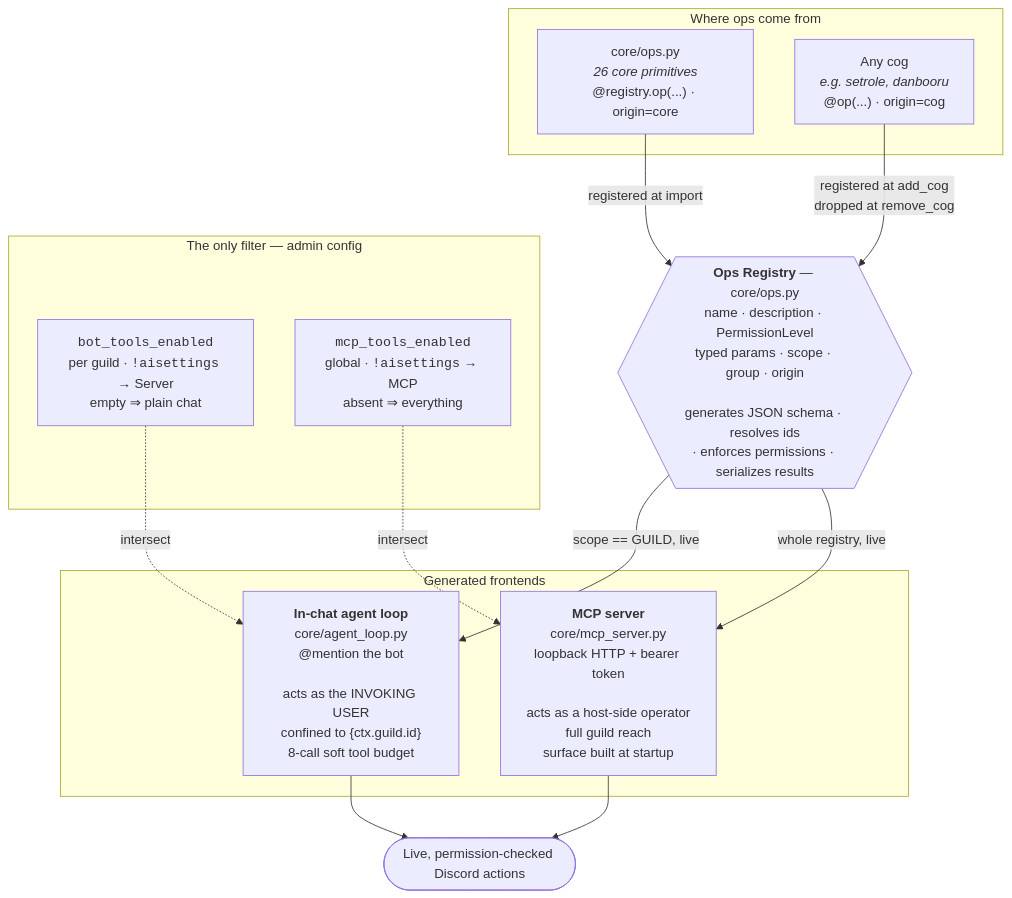
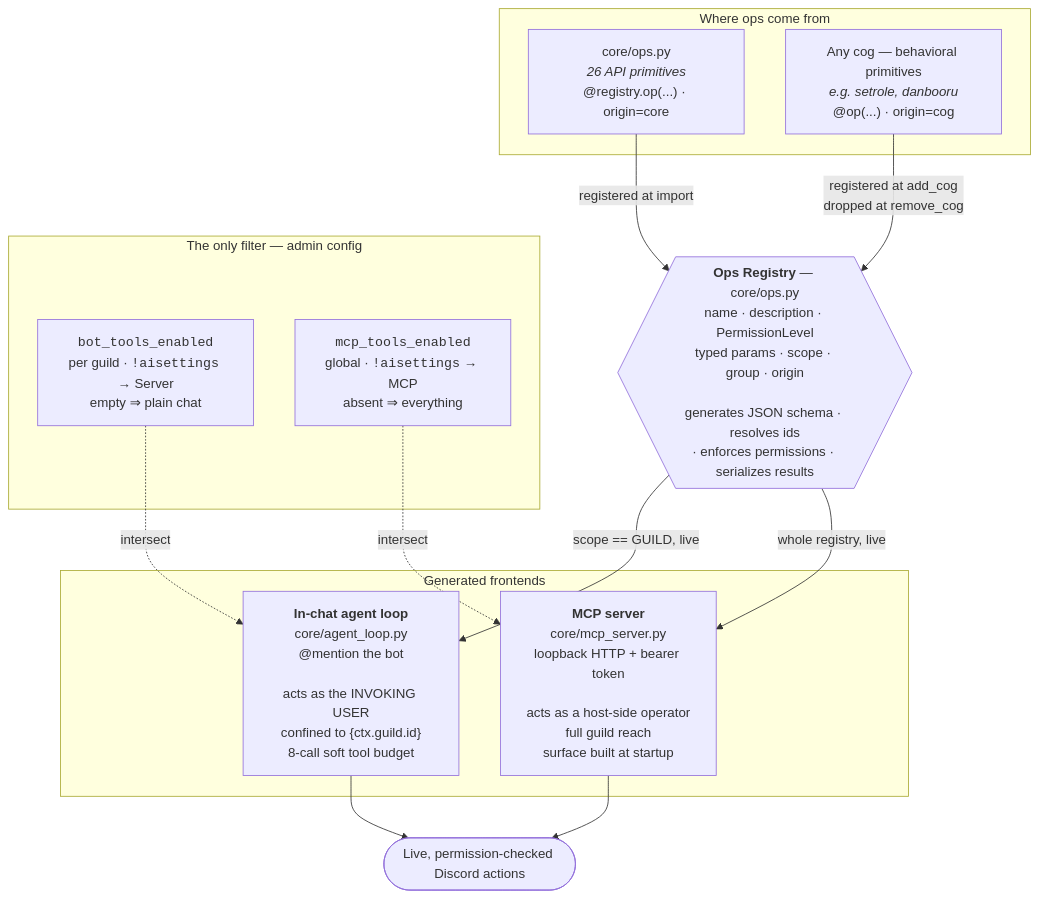
Before and after one commit to dudebot/literallybot: the first of 2 diagrams in README.md, drawn with Mermaid. The commit also changed other lines of this file and 4 other files, not shown here.

Commit message:
docs: adopt owner terminology — API primitives (core) vs behavioral primitives (cog)

````diff
--- a/README.md
+++ b/README.md
@@ -53,31 +60,31 @@
 ```mermaid
 flowchart TB
     subgraph SRC["Where ops come from"]
-        CORE["core/ops.py<br/><i>26 core primitives</i><br/>@registry.op(...) · origin=core"]
-        COG["Any cog<br/><i>e.g. setrole, danbooru</i><br/>@op(...) · origin=cog"]
+        CORE["core/ops.py<br/><i>26 API primitives</i><br/>@registry.op(...) · origin=core"]
+        COG["Any cog — behavioral primitives<br/><i>e.g. setrole, danbooru</i><br/>@op(...) · origin=cog"]
     end
 
     REG{{"<b>Ops Registry</b> — core/ops.py<br/>name · description · PermissionLevel<br/>typed params · scope · group · origin<br/><br/>generates JSON schema · resolves ids<br/>· enforces permissions · serializes results"}}
 
     CORE -->|"registered at import"| REG
     COG -->|"registered at add_cog<br/>dropped at remove_cog"| REG
 
     subgraph FE["Generated frontends"]
         AGENT["<b>In-chat agent loop</b><br/>core/agent_loop.py<br/>@mention the bot<br/><br/>acts as the INVOKING USER<br/>confined to {ctx.guild.id}<br/>8-call soft tool budget"]
         MCP["<b>MCP server</b><br/>core/mcp_server.py<br/>loopback HTTP + bearer token<br/><br/>acts as a host-side operator<br/>full guild reach<br/>surface built at startup"]
     end
 
     REG -->|"scope == GUILD, live"| AGENT
     REG -->|"whole registry, live"| MCP
 
     subgraph CFG["The only filter — admin config"]
         BT["<code>bot_tools_enabled</code><br/>per guild · <code>!aisettings</code> → Server<br/>empty ⇒ plain chat"]
         MT["<code>mcp_tools_enabled</code><br/>global · <code>!aisettings</code> → MCP<br/>absent ⇒ everything"]
     end
 
     BT -.->|"intersect"| AGENT
     MT -.->|"intersect"| MCP
 
     AGENT --> OUT(["Live, permission-checked Discord actions"])
     MCP --> OUT
 ```
````
